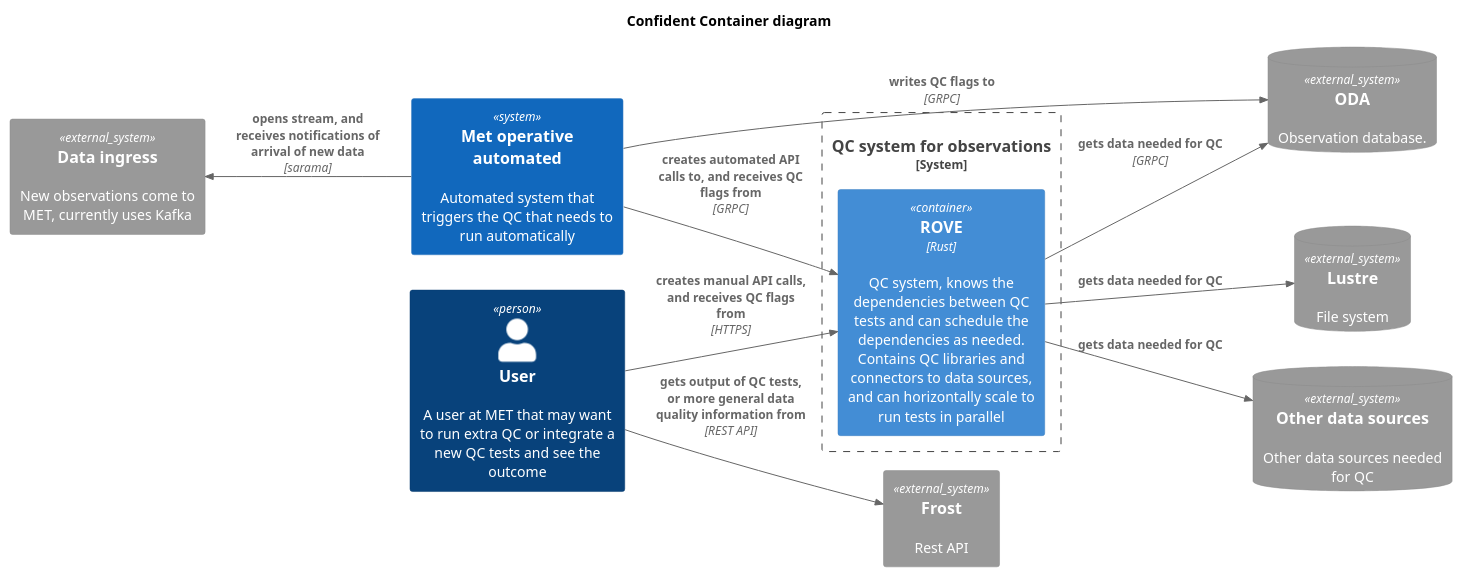
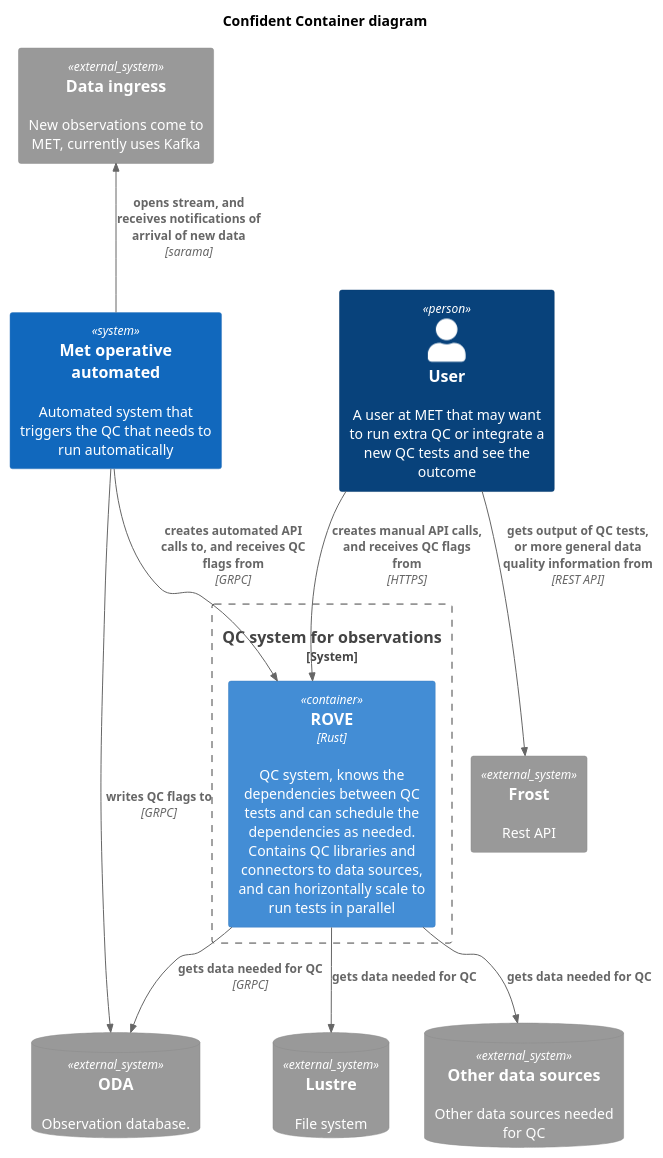
Before and after one commit to metno/rove: the diagram in docs/C4_container.puml, drawn with PlantUML. The commit also changed 5 other files, not shown here.

```diff
--- a/docs/C4_container.puml
+++ b/docs/C4_container.puml
@@ -1,33 +1,33 @@
 @startuml Confident_Container
 !include https://raw.githubusercontent.com/plantuml-stdlib/C4-PlantUML/master/C4_Container.puml
 
-LAYOUT_LEFT_RIGHT()
+LAYOUT_TOP_DOWN()
 
 title
   Confident Container diagram
 end title 
 
 Person(user, "User", "A user at MET that may want to run extra QC or integrate a new QC tests and see the outcome")
 System(new_obs_system, "Met operative automated", "Automated system that triggers the QC that needs to run automatically")
 System_Ext(kafka, "Data ingress", "New observations come to MET, currently uses Kafka")
 
 System_Ext(frost, "Frost", "Rest API")
 SystemDb_Ext(oda, "ODA", "Observation database.")
 SystemDb_Ext(lustre, "Lustre", "File system")
 SystemDb_Ext(datasources, "Other data sources", "Other data sources needed for QC")
 
 System_Boundary(Confident, "QC system for observations") {
   Container(rove, "ROVE", "Rust", "QC system, knows the dependencies between QC tests and can schedule the dependencies as needed. Contains QC libraries and connectors to data sources, and can horizontally scale to run tests in parallel")
 }
 
 Rel_U(new_obs_system, kafka, "opens stream, and receives notifications of arrival of new data", "sarama")
 
 Rel(new_obs_system, oda, "writes QC flags to", "GRPC")
 
 Rel(user, rove, "creates manual API calls, and receives QC flags from", "HTTPS")
 Rel(new_obs_system, rove, "creates automated API calls to, and receives QC flags from", "GRPC")
 Rel(rove, oda, "gets data needed for QC", "GRPC")
 Rel(rove, lustre, "gets data needed for QC")
 Rel(rove, datasources, "gets data needed for QC")
 Rel(user, frost, "gets output of QC tests, or more general data quality information from", "REST API")
 @enduml
```
